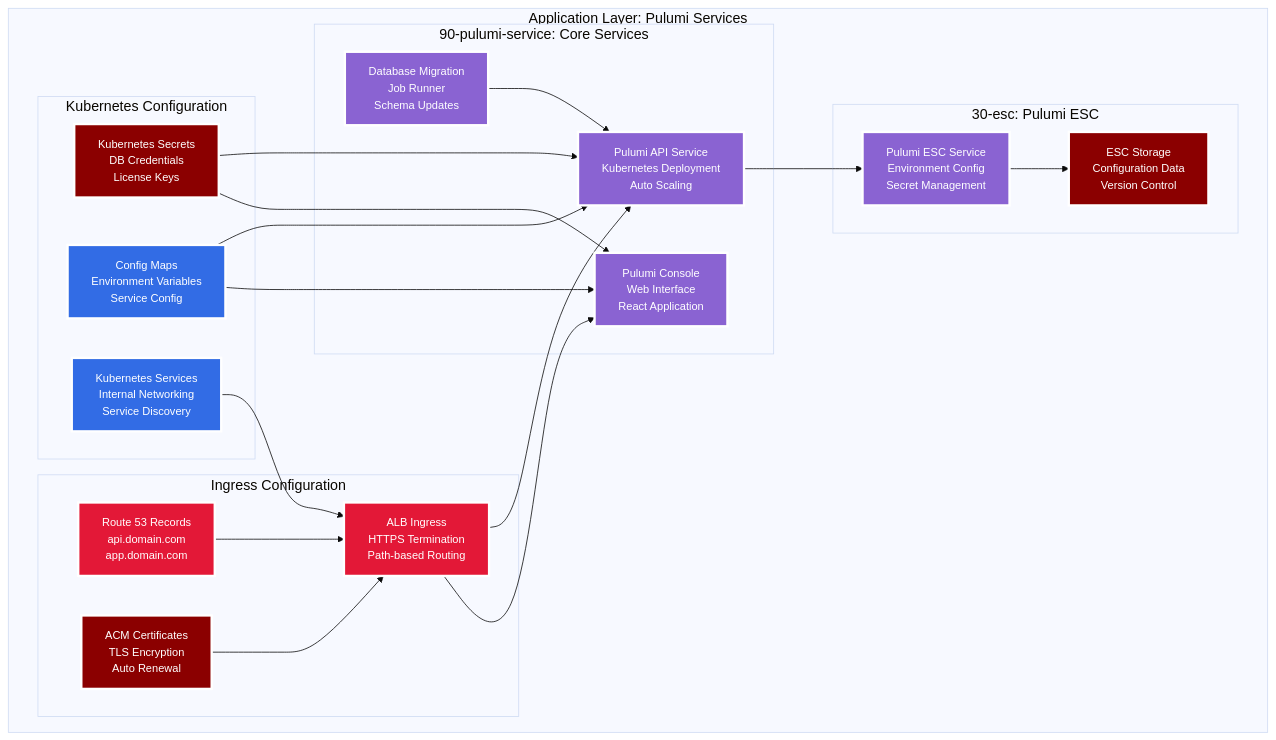
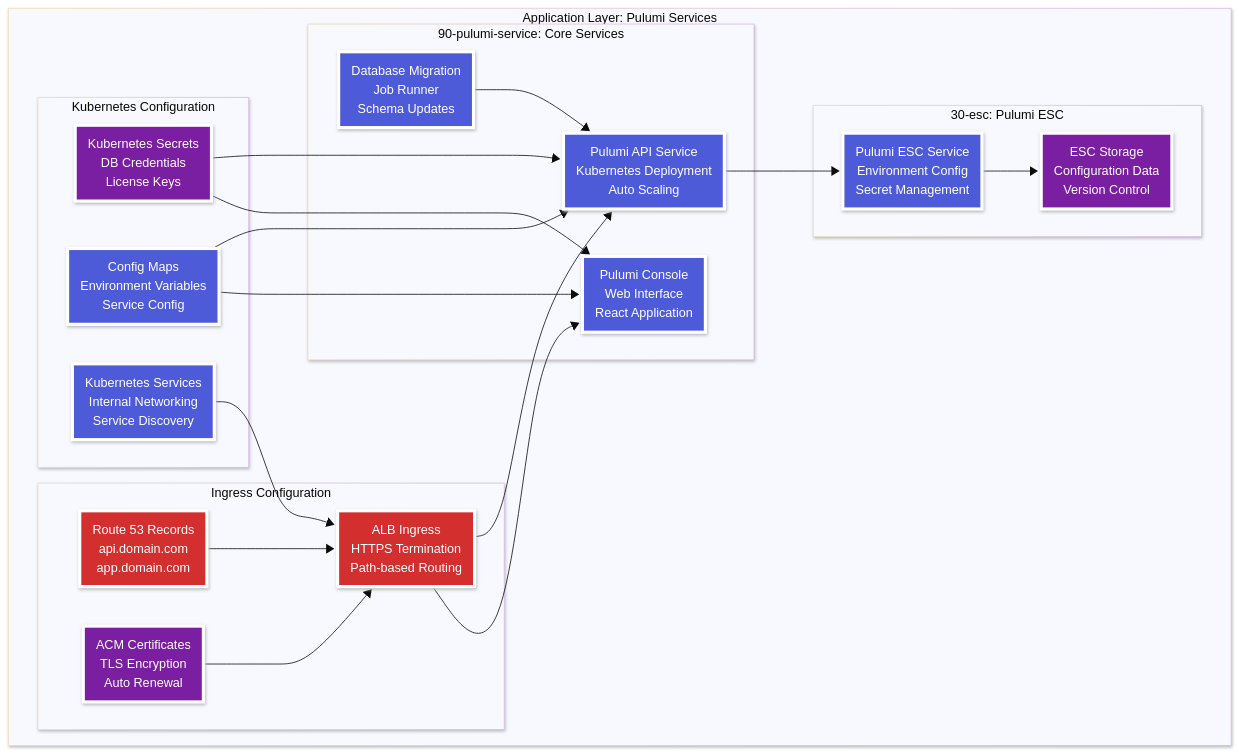
The diagram in eks-hosted/diagrams/05-application.mmd (pulumi/pulumi-self-hosted-installers), drawn with Mermaid before and after one commit. The commit also changed 55 other files, not shown here.

```diff
--- a/eks-hosted/diagrams/05-application.mmd
+++ b/eks-hosted/diagrams/05-application.mmd
@@ -1,46 +1,50 @@
-%%{init: {'theme':'base', 'themeVariables': {'fontSize': '18px', 'fontFamily': 'Arial, sans-serif'}}}%%
+---
+config:
+  look: neo
+  theme: base
+---
 graph TD
-    classDef pulumi fill:#8A63D2,stroke:#FFFFFF,stroke-width:3px,color:#FFFFFF,font-size:14px
-    classDef k8s fill:#326CE5,stroke:#FFFFFF,stroke-width:3px,color:#FFFFFF,font-size:14px
-    classDef security fill:#8B0000,stroke:#FFFFFF,stroke-width:3px,color:#FFFFFF,font-size:14px
-    classDef network fill:#E31837,stroke:#FFFFFF,stroke-width:3px,color:#FFFFFF,font-size:14px
+    classDef pulumiService fill:#4d5bd9,stroke:#FFFFFF,stroke-width:4px,color:#FFFFFF
+    classDef k8sService fill:#4d5bd9,stroke:#FFFFFF,stroke-width:4px,color:#FFFFFF
+    classDef awsSecure fill:#7B1FA2,stroke:#FFFFFF,stroke-width:4px,color:#FFFFFF
+    classDef awsNetwork fill:#D32F2F,stroke:#FFFFFF,stroke-width:4px,color:#FFFFFF
     
     subgraph APP["Application Layer: Pulumi Services"]
         subgraph PULUMI_SVCS["90-pulumi-service: Core Services"]
-            API_SVC[Pulumi API Service<br/>Kubernetes Deployment<br/>Auto Scaling]:::pulumi
-            CONSOLE_SVC[Pulumi Console<br/>Web Interface<br/>React Application]:::pulumi
-            MIGRATION[Database Migration<br/>Job Runner<br/>Schema Updates]:::pulumi
+            API_SVC[Pulumi API Service<br/>Kubernetes Deployment<br/>Auto Scaling]:::pulumiService
+            CONSOLE_SVC[Pulumi Console<br/>Web Interface<br/>React Application]:::pulumiService
+            MIGRATION[Database Migration<br/>Job Runner<br/>Schema Updates]:::pulumiService
         end
         
         subgraph K8S_CONFIG["Kubernetes Configuration"]
-            SECRETS[Kubernetes Secrets<br/>DB Credentials<br/>License Keys]:::security
-            CONFIG_MAPS[Config Maps<br/>Environment Variables<br/>Service Config]:::k8s
-            SERVICES[Kubernetes Services<br/>Internal Networking<br/>Service Discovery]:::k8s
+            SECRETS[Kubernetes Secrets<br/>DB Credentials<br/>License Keys]:::awsSecure
+            CONFIG_MAPS[Config Maps<br/>Environment Variables<br/>Service Config]:::k8sService
+            SERVICES[Kubernetes Services<br/>Internal Networking<br/>Service Discovery]:::k8sService
         end
         
         subgraph INGRESS_CONFIG["Ingress Configuration"]
-            ALB_INGRESS[ALB Ingress<br/>HTTPS Termination<br/>Path-based Routing]:::network
-            DNS_RECORDS[Route 53 Records<br/>api.domain.com<br/>app.domain.com]:::network
-            CERTS[ACM Certificates<br/>TLS Encryption<br/>Auto Renewal]:::security
+            ALB_INGRESS[ALB Ingress<br/>HTTPS Termination<br/>Path-based Routing]:::awsNetwork
+            DNS_RECORDS[Route 53 Records<br/>api.domain.com<br/>app.domain.com]:::awsNetwork
+            CERTS[ACM Certificates<br/>TLS Encryption<br/>Auto Renewal]:::awsSecure
         end
         
         subgraph ESC_LAYER["30-esc: Pulumi ESC"]
-            ESC_SVC[Pulumi ESC Service<br/>Environment Config<br/>Secret Management]:::pulumi
-            ESC_STORAGE[ESC Storage<br/>Configuration Data<br/>Version Control]:::security
+            ESC_SVC[Pulumi ESC Service<br/>Environment Config<br/>Secret Management]:::pulumiService
+            ESC_STORAGE[ESC Storage<br/>Configuration Data<br/>Version Control]:::awsSecure
         end
     end
     
     SECRETS --> API_SVC
     SECRETS --> CONSOLE_SVC
     CONFIG_MAPS --> API_SVC
     CONFIG_MAPS --> CONSOLE_SVC
     SERVICES --> ALB_INGRESS
     
     ALB_INGRESS --> API_SVC
     ALB_INGRESS --> CONSOLE_SVC
     DNS_RECORDS --> ALB_INGRESS
     CERTS --> ALB_INGRESS
     
     ESC_SVC --> ESC_STORAGE
     API_SVC --> ESC_SVC
     MIGRATION --> API_SVC
```
